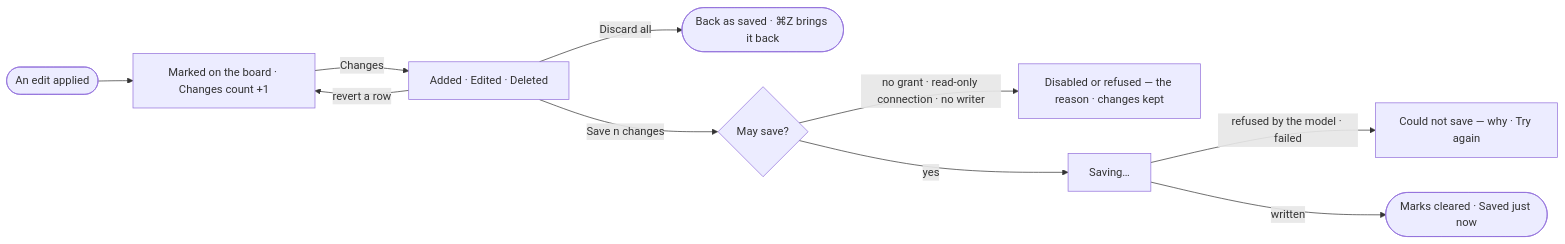
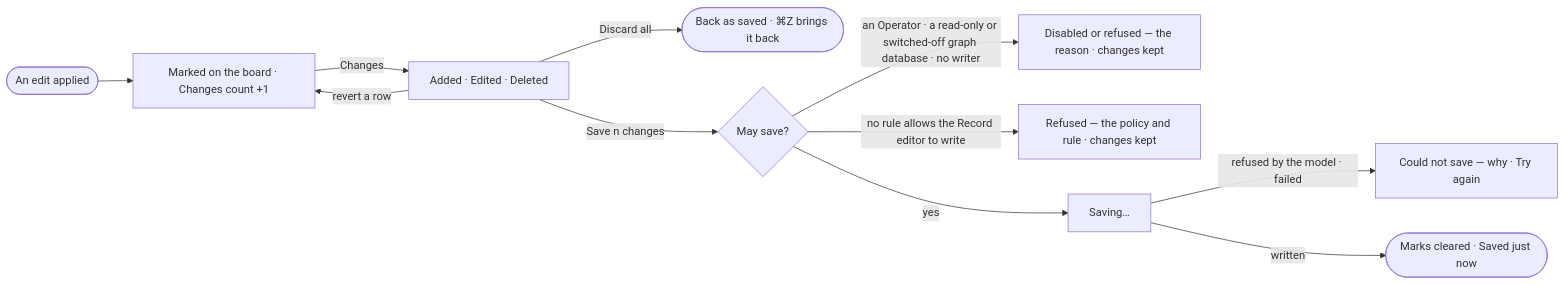
The diagram in specs/capabilities/explore/features/EX-F06-annotate-and-edit-the-data/stories/EX-20-save-or-discard-the-boards-changes/story.md (invana/invana), drawn with Mermaid before and after one commit. The commit also changed other lines of this file and 522 other files, not shown here.

````diff
--- a/specs/capabilities/explore/features/EX-F06-annotate-and-edit-the-data/stories/EX-20-save-or-discard-the-boards-changes/story.md
+++ b/specs/capabilities/explore/features/EX-F06-annotate-and-edit-the-data/stories/EX-20-save-or-discard-the-boards-changes/story.md
@@ -26,12 +27,13 @@
 ```mermaid
 flowchart LR
   a([An edit applied]) --> m["Marked on the board · Changes count +1"]
   m -->|Changes| p["Added · Edited · Deleted"]
   p -->|revert a row| m
   p -->|Discard all| c(["Back as saved · ⌘Z brings it back"])
   p -->|Save n changes| g{May save?}
-  g -->|no grant · read-only connection · no writer| d["Disabled or refused — the reason · changes kept"]
+  g -->|an Operator · a read-only or switched-off graph database · no writer| d["Disabled or refused — the reason · changes kept"]
+  g -->|no rule allows the Record editor to write| pr["Refused — the policy and rule · changes kept"]
   g -->|yes| s["Saving…"]
   s -->|refused by the model · failed| f["Could not save — why · Try again"]
   s -->|written| ok(["Marks cleared · Saved just now"])
 ```
````
